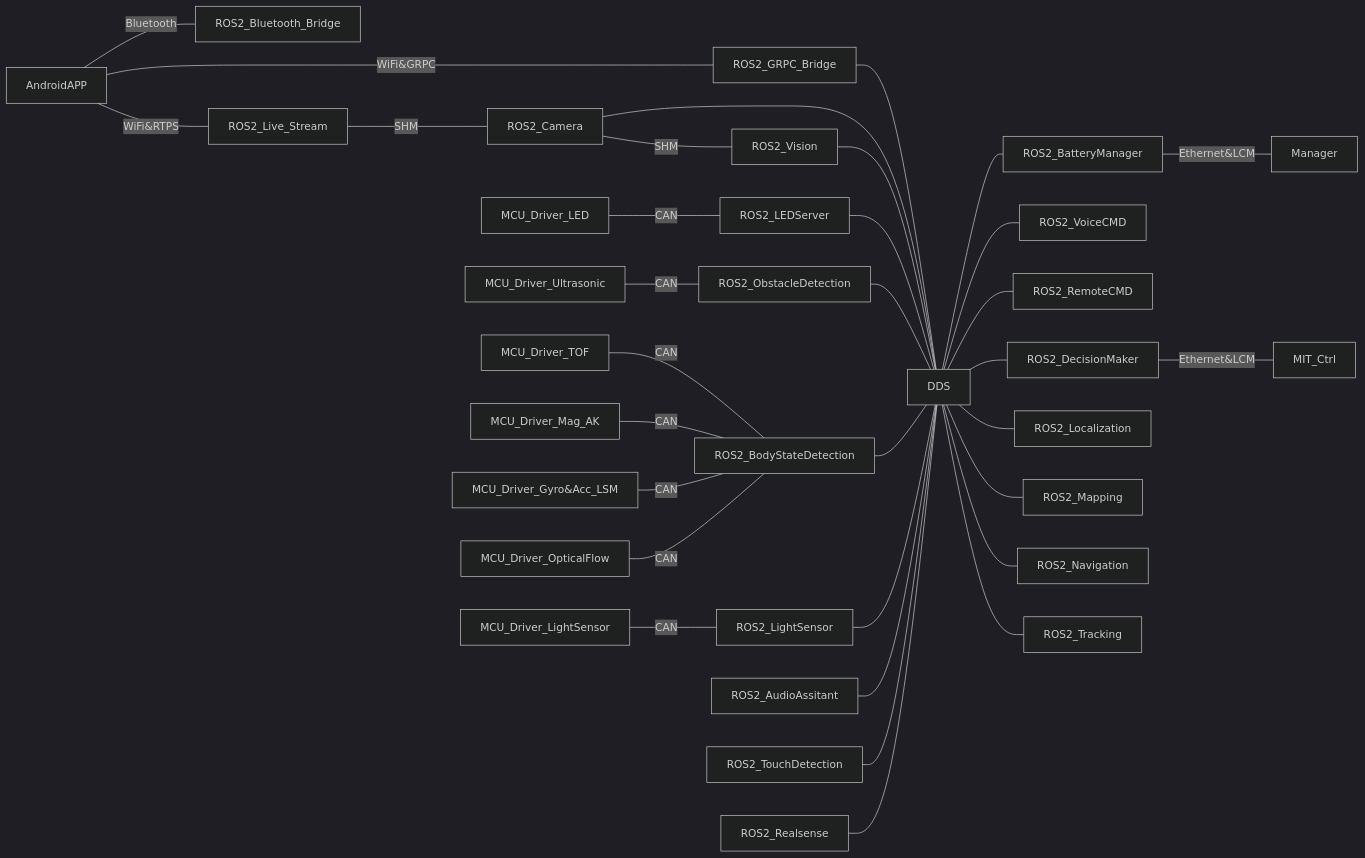
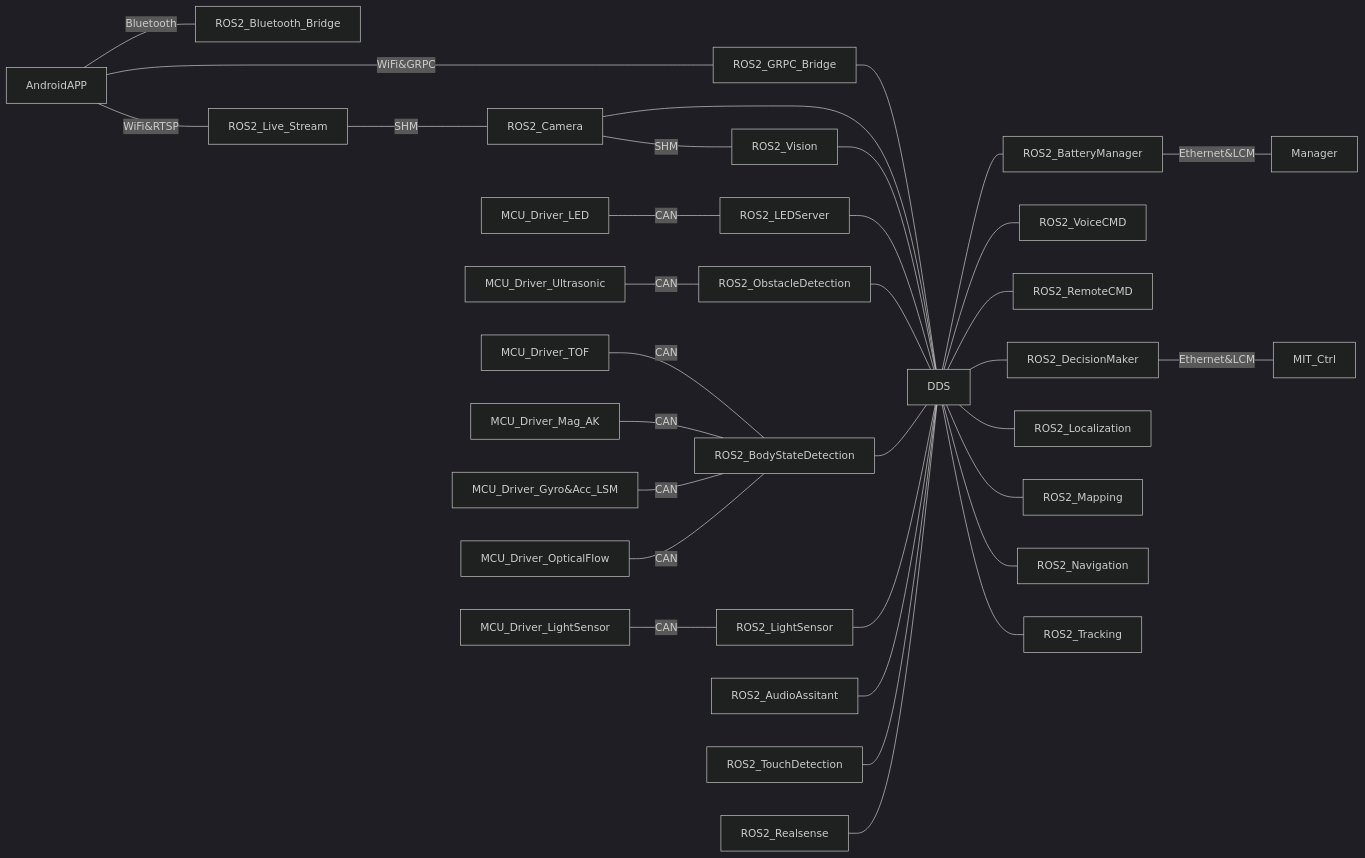
The diagram in README.md (MAVProxyUser/athena_cyberdog), drawn with Mermaid (dark theme) before and after one commit. The commit also changed 1 other file, not shown here.

Commit message:
[Fix] Fix spell of RTSP

````diff
--- a/README.md
+++ b/README.md
@@ -14,35 +14,35 @@
 ```mermaid
 graph LR
 	AndroidAPP---|Bluetooth|ROS2_Bluetooth_Bridge
 	AndroidAPP---|WiFi&GRPC|ROS2_GRPC_Bridge
-	AndroidAPP---|WiFi&RTPS|ROS2_Live_Stream
+	AndroidAPP---|WiFi&RTSP|ROS2_Live_Stream
 	
 	ROS2_GRPC_Bridge---DDS
 	ROS2_Live_Stream---|SHM|ROS2_Camera
 	ROS2_Camera---|SHM|ROS2_Vision
 	ROS2_Camera---DDS
 	ROS2_Vision---DDS
 	MCU_Driver_LED---|CAN|ROS2_LEDServer---DDS
 	MCU_Driver_Ultrasonic---|CAN|ROS2_ObstacleDetection---DDS
 	MCU_Driver_TOF---|CAN|ROS2_BodyStateDetection
 	MCU_Driver_Mag_AK---|CAN|ROS2_BodyStateDetection
 	MCU_Driver_Gyro&Acc_LSM---|CAN|ROS2_BodyStateDetection---DDS
 	MCU_Driver_OpticalFlow---|CAN|ROS2_BodyStateDetection
 	MCU_Driver_LightSensor---|CAN|ROS2_LightSensor---DDS
 	ROS2_AudioAssitant---DDS
 	ROS2_TouchDetection---DDS
 	ROS2_Realsense---DDS
 	
 	DDS---ROS2_BatteryManager
 	DDS---ROS2_VoiceCMD
 	DDS---ROS2_RemoteCMD
 	DDS---ROS2_DecisionMaker
 	DDS---ROS2_Localization
 	DDS---ROS2_Mapping
 	DDS---ROS2_Navigation
 	DDS---ROS2_Tracking
 	
 	ROS2_DecisionMaker---|Ethernet&LCM|MIT_Ctrl
 	ROS2_BatteryManager---|Ethernet&LCM|Manager
 
 ```
````
